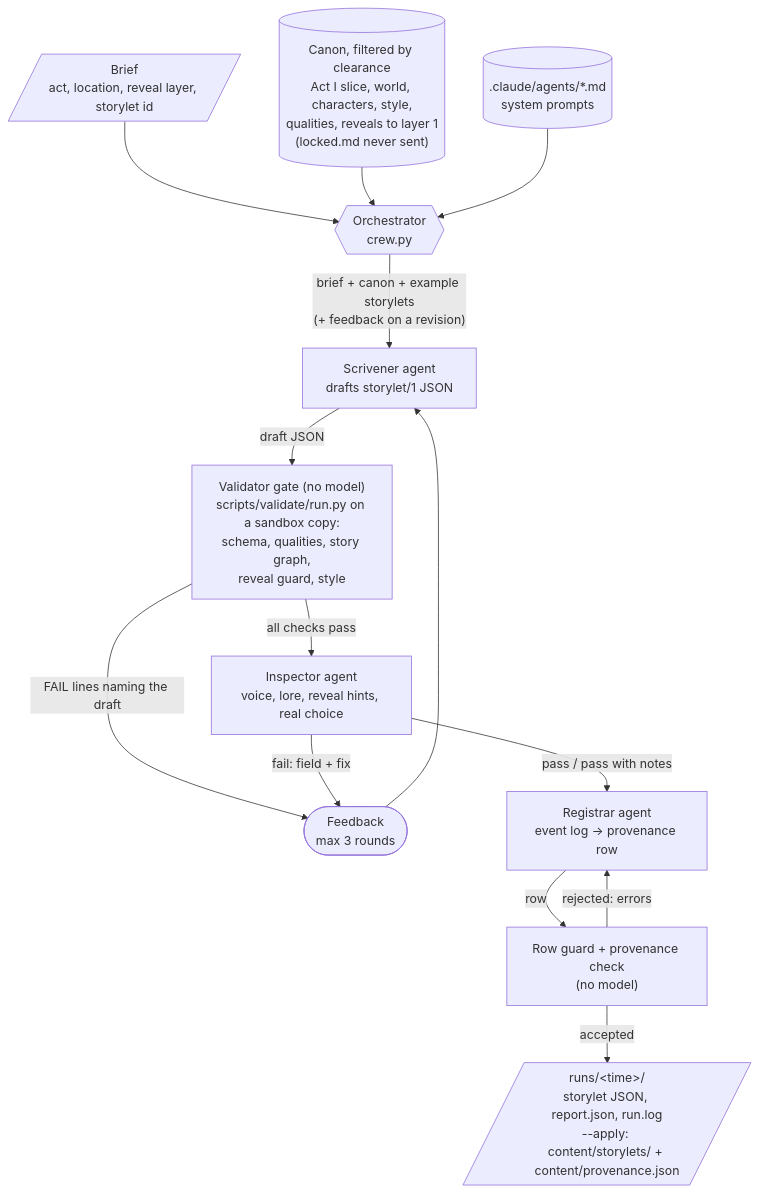
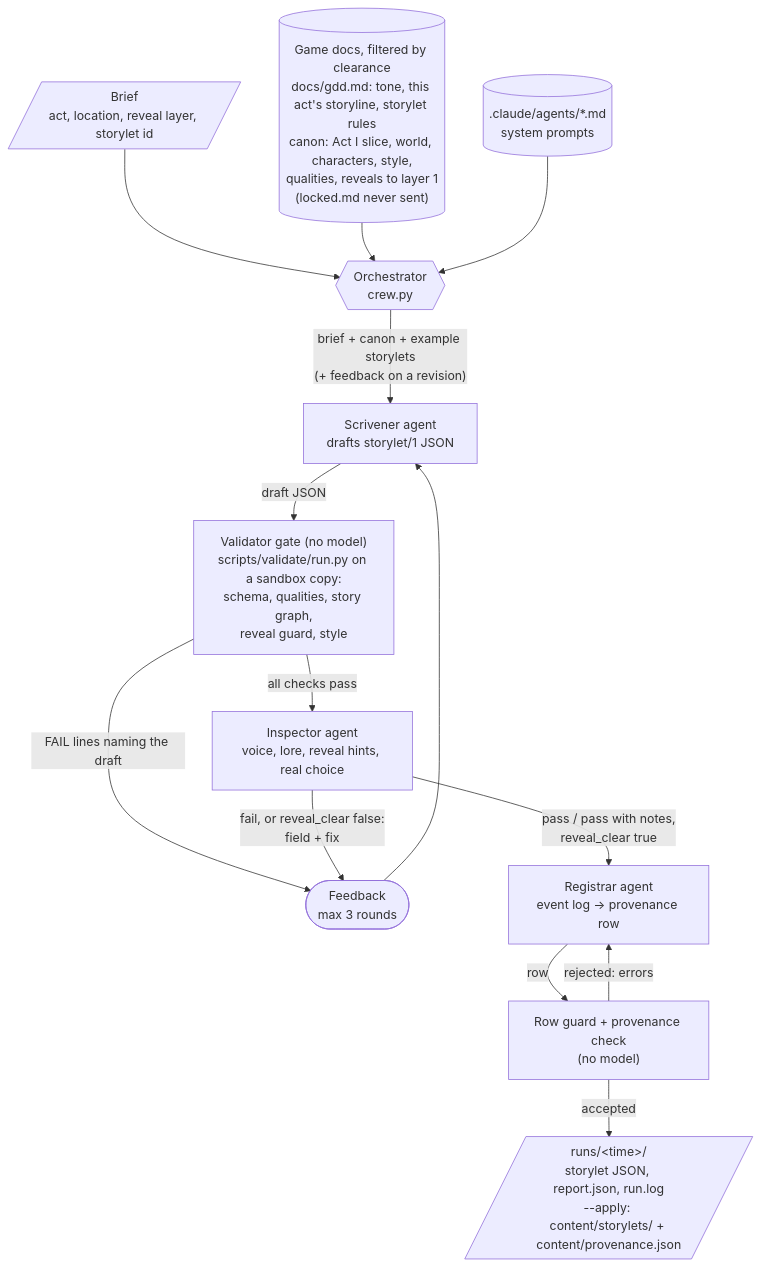
One commit to macaw2000/the-long-boil changed the diagram in crew/README.md. Above: the diagram before and after it, drawn with Mermaid. The commit also changed other lines of this file and 14 other files, not shown here.

First line of the commit message:
Generate three Tailoring storylets from the GDD, and send back any reveal hint

````diff
--- a/crew/README.md
+++ b/crew/README.md
@@ -34,34 +34,34 @@
 ```mermaid
 flowchart TD
     Brief[/"Brief<br/>act, location, reveal layer, storylet id"/]
-    Canon[("Canon, filtered by clearance<br/>Act I slice, world, characters, style,<br/>qualities, reveals to layer 1<br/>(locked.md never sent)")]
+    Canon[("Game docs, filtered by clearance<br/>docs/gdd.md: tone, this act's storyline, storylet rules<br/>canon: Act I slice, world, characters, style,<br/>qualities, reveals to layer 1<br/>(locked.md never sent)")]
     Agents[(".claude/agents/*.md<br/>system prompts")]
 
     Brief --> Orchestrator
     Canon --> Orchestrator
     Agents --> Orchestrator
 
     Orchestrator{{"Orchestrator<br/>crew.py"}}
 
     Orchestrator -- "brief + canon + example storylets<br/>(+ feedback on a revision)" --> Scrivener
     Scrivener["Scrivener agent<br/>drafts storylet/1 JSON"]
     Scrivener -- "draft JSON" --> Gate
 
     Gate["Validator gate (no model)<br/>scripts/validate/run.py on a sandbox copy:<br/>schema, qualities, story graph,<br/>reveal guard, style"]
     Gate -- "FAIL lines naming the draft" --> Feedback
     Gate -- "all checks pass" --> Inspector
 
     Inspector["Inspector agent<br/>voice, lore, reveal hints, real choice"]
-    Inspector -- "fail: field + fix" --> Feedback
-    Inspector -- "pass / pass with notes" --> Registrar
+    Inspector -- "fail, or reveal_clear false:<br/>field + fix" --> Feedback
+    Inspector -- "pass / pass with notes,<br/>reveal_clear true" --> Registrar
 
     Feedback(["Feedback<br/>max 3 rounds"]) --> Scrivener
 
     Registrar["Registrar agent<br/>event log → provenance row"]
     Registrar -- "row" --> Guard
     Guard["Row guard + provenance check<br/>(no model)"]
     Guard -- "rejected: errors" --> Registrar
     Guard -- "accepted" --> Out
 
     Out[/"runs/&lt;time&gt;/<br/>storylet JSON, report.json, run.log<br/>--apply: content/storylets/ + content/provenance.json"/]
 ```
````
